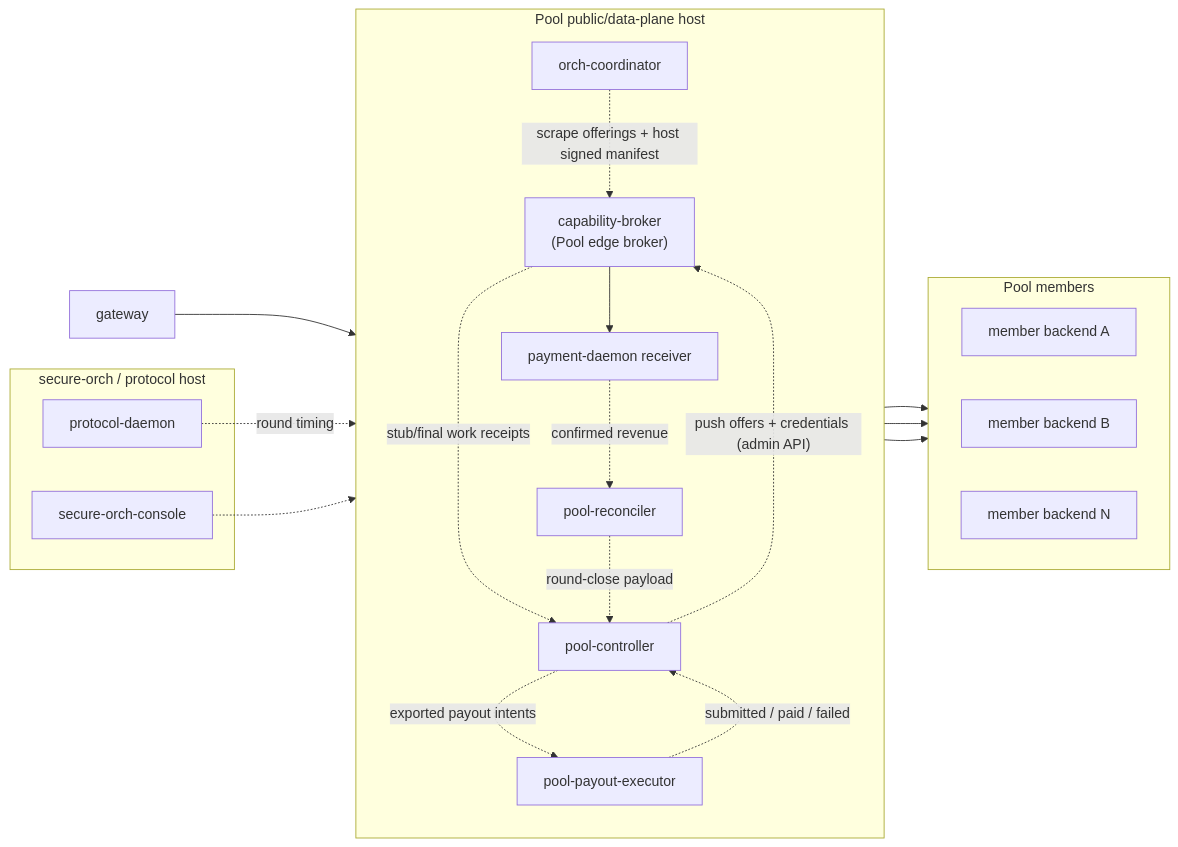
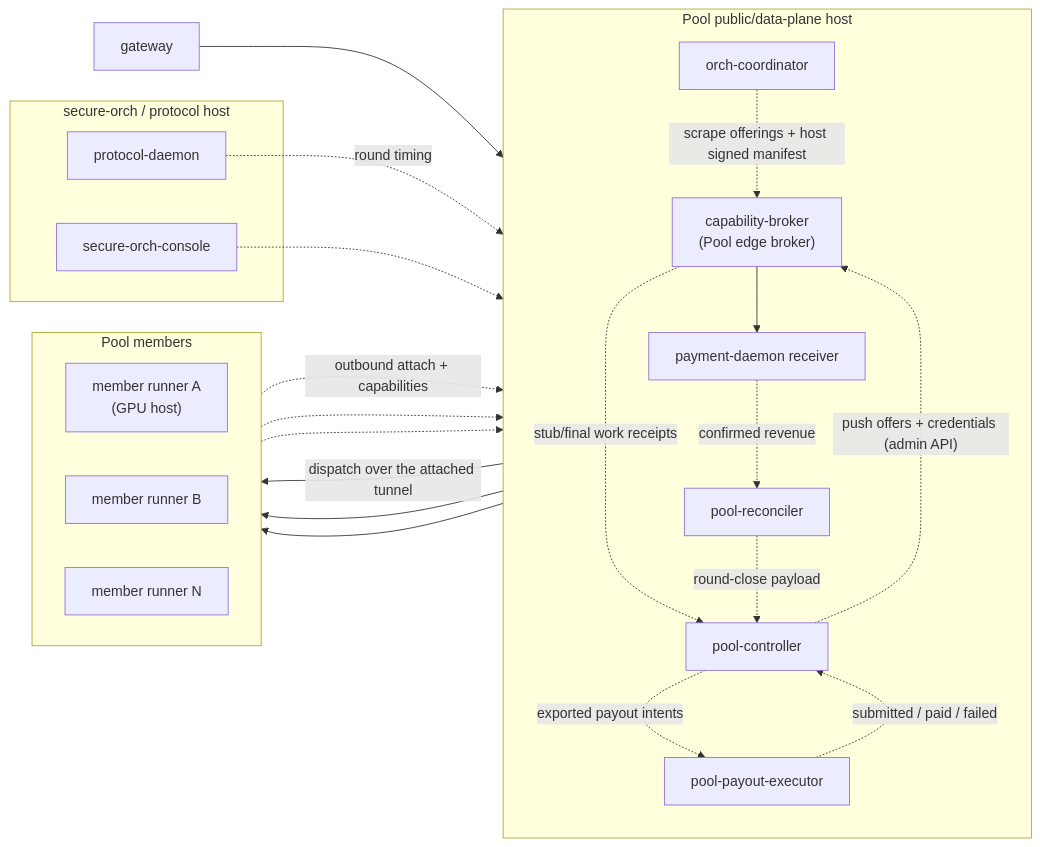
The second of 9 diagrams in docs/design-docs/architecture-overview.md (Cloud-SPE/livepeer-network-modules), drawn with Mermaid before and after one commit. The commit also changed other lines of this file and 58 other files, not shown here.

````diff
--- a/docs/design-docs/architecture-overview.md
+++ b/docs/design-docs/architecture-overview.md
@@ -119,40 +119,43 @@
 ```mermaid
 flowchart LR
     subgraph secure_host["secure-orch / protocol host"]
         SOC["secure-orch-console"]
         PRD["protocol-daemon"]
     end
 
     subgraph public_host["Pool public/data-plane host"]
         direction TB
         OC["orch-coordinator"]
         PCB["capability-broker<br/>(Pool edge broker)"]
         PPD["payment-daemon receiver"]
         PCC["pool-controller"]
         PRC["pool-reconciler"]
         PPE["pool-payout-executor"]
     end
 
     subgraph members["Pool members"]
         direction LR
-        MB1["member backend A"]
-        MB2["member backend B"]
-        MB3["member backend N"]
+        MR1["member runner A<br/>(GPU host)"]
+        MR2["member runner B"]
+        MR3["member runner N"]
     end
 
     GW["gateway"] --> PCB
     PCB --> PPD
-    PCB --> MB1
-    PCB --> MB2
-    PCB --> MB3
+    MR1 -.->|"outbound attach + capabilities"| PCB
+    MR2 -.-> PCB
+    MR3 -.-> PCB
+    PCB -->|"dispatch over the attached tunnel"| MR1
+    PCB --> MR2
+    PCB --> MR3
 
     PCC -.->|"push offers + credentials (admin API)"| PCB
     PCC -.->|"exported payout intents"| PPE
     PCB -.->|"stub/final work receipts"| PCC
     PRD -.->|"round timing"| PRC
     PPD -.->|"confirmed revenue"| PRC
     PRC -.->|"round-close payload"| PCC
     PPE -.->|"submitted / paid / failed"| PCC
     OC -.->|"scrape offerings + host signed manifest"| PCB
     SOC -.-> OC
 ```
````
